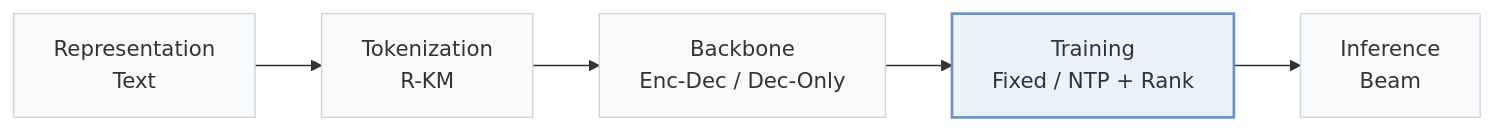
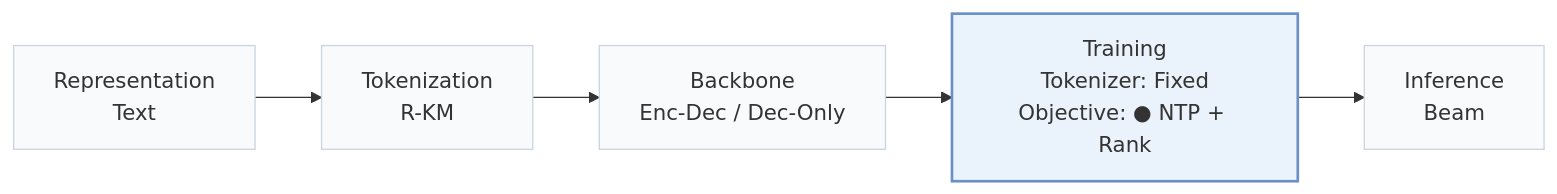
One commit to Galaxy-ghost/Awesome-SID-Generative-Rec changed the first of 2 diagrams in pages/papers/apao.md. Above: the diagram before and after it, drawn with Mermaid. The commit also changed other lines of this file and 558 other files, not shown here.

````diff
--- a/pages/papers/apao.md
+++ b/pages/papers/apao.md
@@ -15,8 +18,8 @@
 ```mermaid
 flowchart LR
-    R["Representation<br/>Text"] --> T["Tokenization<br/>R-KM"] --> B["Backbone<br/>Enc-Dec / Dec-Only"] --> TR["Training<br/>Fixed / NTP + Rank"] --> I["Inference<br/>Beam"]
+    R["Representation<br/>Text"] --> T["Tokenization<br/>R-KM"] --> B["Backbone<br/>Enc-Dec / Dec-Only"] --> TR["Training<br/>Tokenizer: Fixed<br/>Objective: ● NTP + Rank"] --> I["Inference<br/>Beam"]
     classDef base fill:#f8fafc,stroke:#cbd5e1
     class R,T,B,TR,I base
     classDef main fill:#eaf2fb,stroke:#6b8fc7,stroke-width:2px
     class TR main
 ```
````
